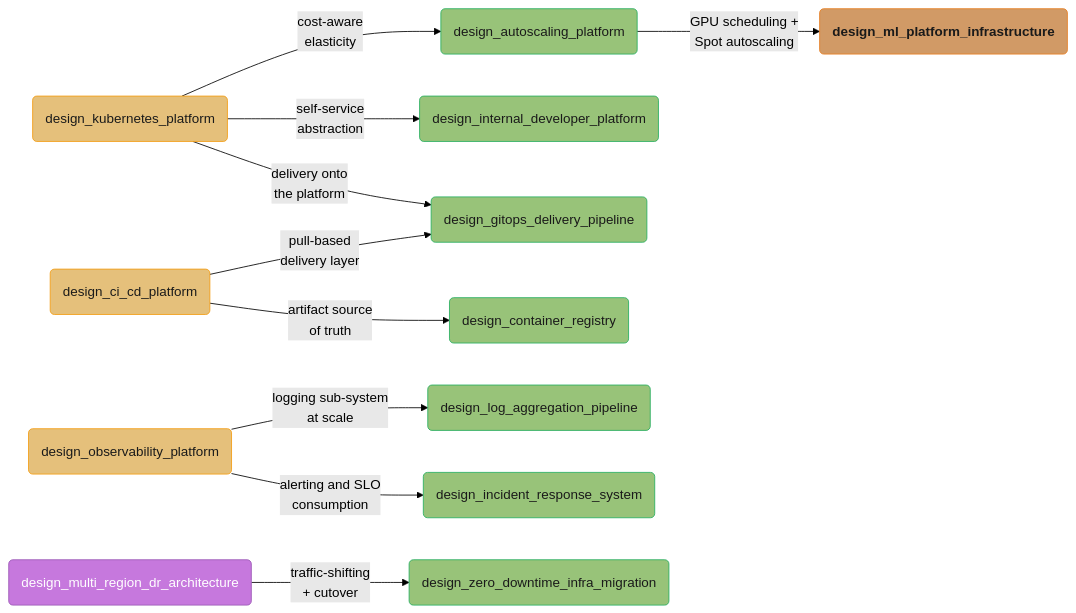
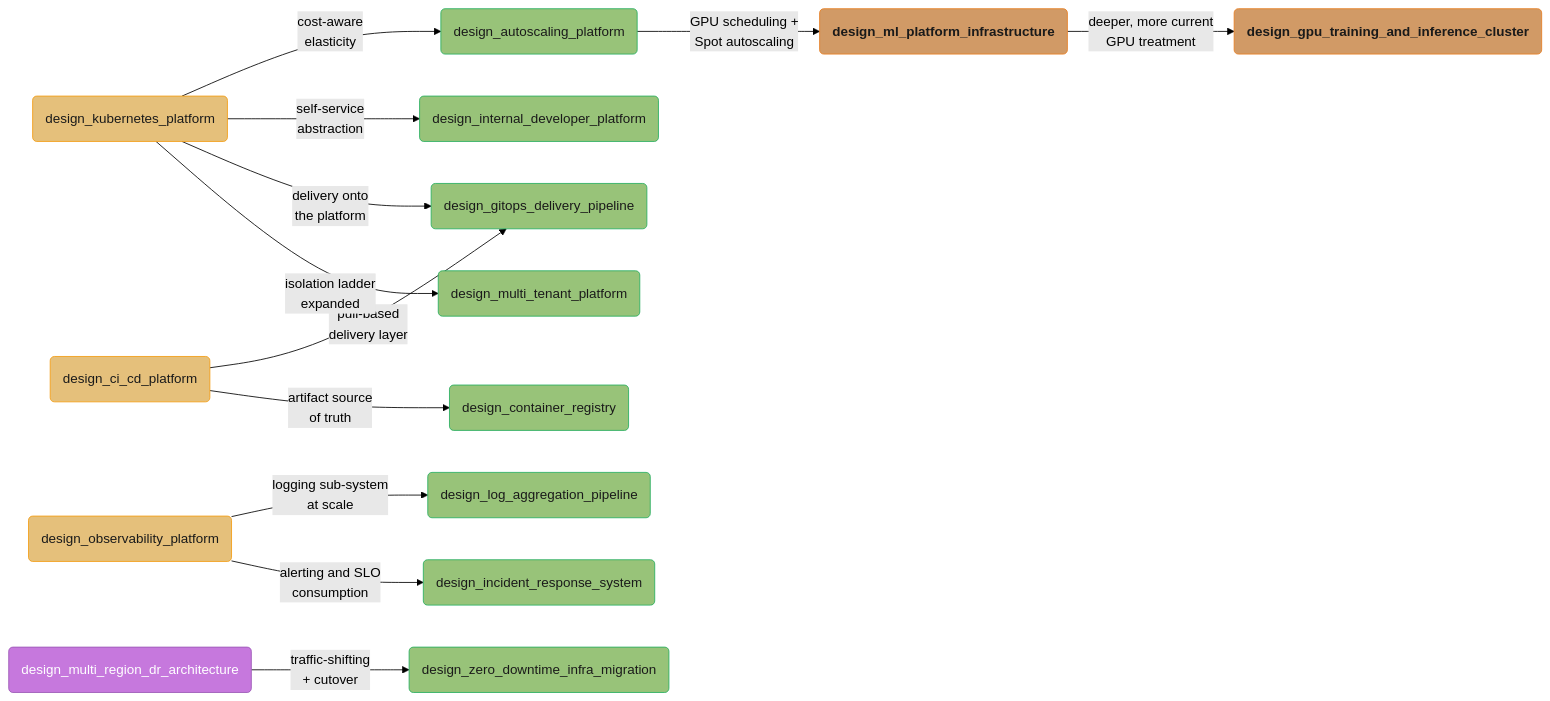
The diagram in src/main/java/com/rutik/systemdesign/devops/case_studies/case_studies.md (rppol/system-design), drawn with Mermaid (forest theme) before and after one commit. The commit also changed other lines of this file and 20 other files, not shown here.

````diff
--- a/src/main/java/com/rutik/systemdesign/devops/case_studies/case_studies.md
+++ b/src/main/java/com/rutik/systemdesign/devops/case_studies/case_studies.md
@@ -85,38 +94,42 @@
 ```mermaid
 flowchart LR
     classDef io      fill:#61afef,stroke:#2e86c1,color:#1a1a1a,font-weight:bold
     classDef frozen  fill:#c678dd,stroke:#9b59b6,color:#fff
     classDef train   fill:#98c379,stroke:#27ae60,color:#1a1a1a
     classDef mathOp  fill:#d19a66,stroke:#e67e22,color:#1a1a1a,font-weight:bold
     classDef lossN   fill:#e06c75,stroke:#c0392b,color:#fff,font-weight:bold
     classDef req     fill:#56b6c2,stroke:#0097a7,color:#1a1a1a
     classDef base    fill:#e5c07b,stroke:#f39c12,color:#1a1a1a
 
     K8S(design_kubernetes_platform)
     CICD(design_ci_cd_platform)
     OBS(design_observability_platform)
     DR(design_multi_region_dr_architecture)
     AUTO(design_autoscaling_platform)
     IDP(design_internal_developer_platform)
     GITOPS(design_gitops_delivery_pipeline)
     REGISTRY(design_container_registry)
     LOGS(design_log_aggregation_pipeline)
     INCIDENT(design_incident_response_system)
     MIGRATION(design_zero_downtime_infra_migration)
     MLPLATFORM(design_ml_platform_infrastructure)
+    TENANT(design_multi_tenant_platform)
+    GPUCLUSTER(design_gpu_training_and_inference_cluster)
 
     K8S -->|"cost-aware<br/>elasticity"| AUTO
     K8S -->|"self-service<br/>abstraction"| IDP
     K8S -->|"delivery onto<br/>the platform"| GITOPS
     CICD -->|"pull-based<br/>delivery layer"| GITOPS
     CICD -->|"artifact source<br/>of truth"| REGISTRY
     OBS -->|"logging sub-system<br/>at scale"| LOGS
     OBS -->|"alerting and SLO<br/>consumption"| INCIDENT
     DR -->|"traffic-shifting<br/>+ cutover"| MIGRATION
     AUTO -->|"GPU scheduling +<br/>Spot autoscaling"| MLPLATFORM
+    K8S -->|"isolation ladder<br/>expanded"| TENANT
+    MLPLATFORM -->|"deeper, more current<br/>GPU treatment"| GPUCLUSTER
 
     class K8S,CICD,OBS base
     class DR frozen
-    class AUTO,IDP,GITOPS,REGISTRY,LOGS,INCIDENT,MIGRATION train
-    class MLPLATFORM mathOp
+    class AUTO,IDP,GITOPS,REGISTRY,LOGS,INCIDENT,MIGRATION,TENANT train
+    class MLPLATFORM,GPUCLUSTER mathOp
 ```
````
